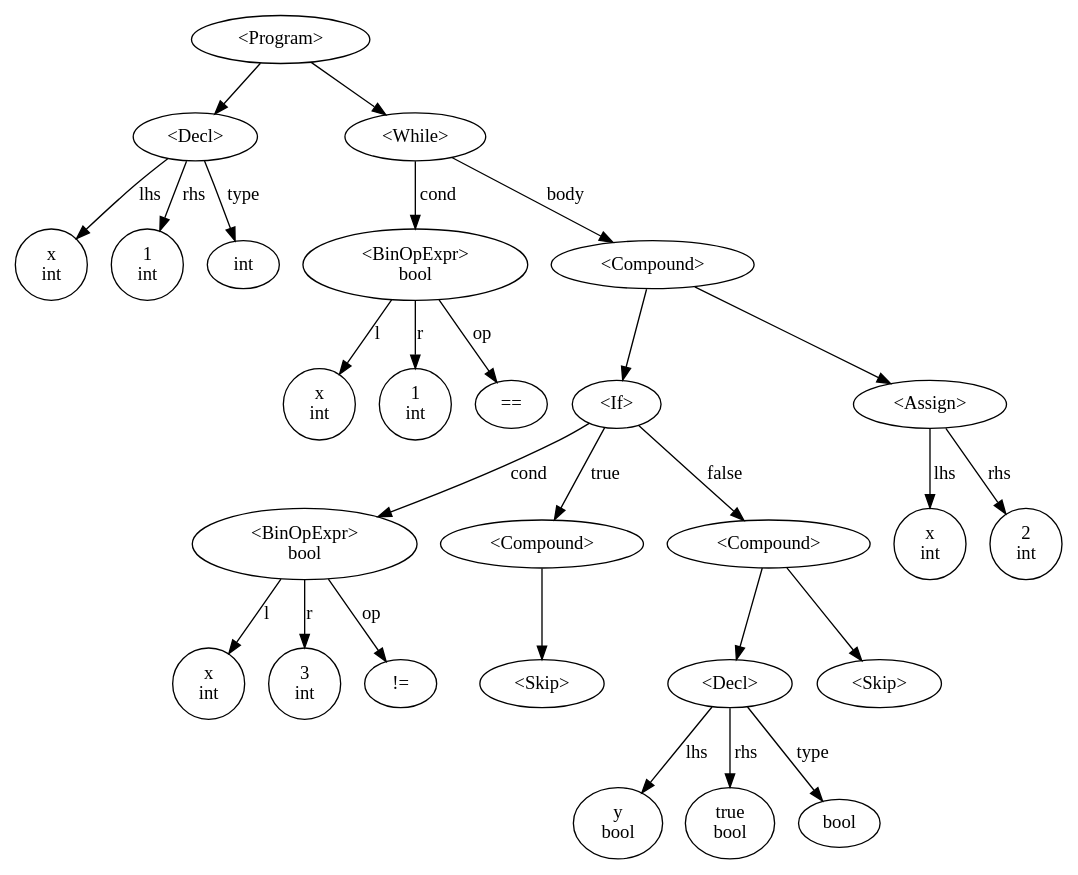
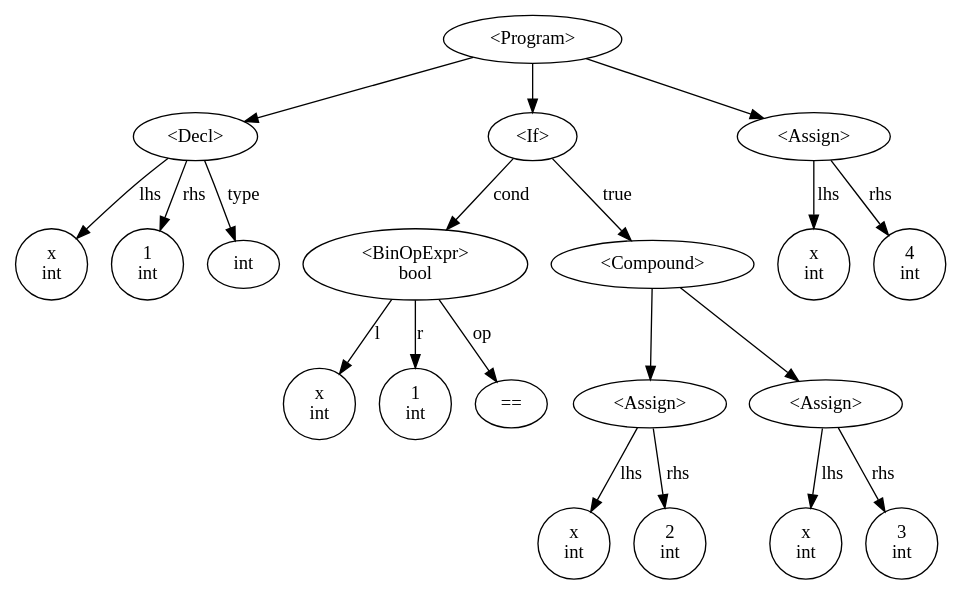
Before and after one commit to timll/while-analysis: the diagram in ast.dot, drawn with Graphviz. The commit also changed 15 other files, not shown here.

```diff
--- a/ast.dot
+++ b/ast.dot
@@ -1,67 +1,52 @@
 digraph {
-n4465776[label="x
-int"]
-n4467984[label="1
-int"]
-n4467760[label="<Decl>"]
-n4467760type[label="int"]
-n4468304[label="x
-int"]
-n4468448[label="1
-int"]
-n4468496[label="<BinOpExpr>
-bool"]
-n4468496op[label="=="]
-n4468816[label="x
-int"]
-n4468960[label="3
-int"]
-n4469008[label="<BinOpExpr>
-bool"]
-n4469008op[label="!="]
-n4469264[label="<Skip>"]
-n4469168[label="<Compound>"]
-n4468224[label="y
-bool"]
-n4469760[label="true
-bool"]
-n4467856[label="<Decl>"]
-n4467856type[label="bool"]
-n4469968[label="<Skip>"]
-n4469488[label="<Compound>"]
-n4467664[label="<If>"]
-n4469680[label="x
-int"]
-n4470368[label="2
-int"]
-n4467904[label="<Assign>"]
-n4468656[label="<Compound>"]
-n4470192[label="<While>"]
-n4467408[label="<Program>"]
-n4467760->n4465776[label="lhs"]
-n4467760->n4467984[label="rhs"]
-n4467760->n4467760type[label="type"]
-n4468496->n4468304[label="l"]
-n4468496->n4468496op[label="op"]
-n4468496->n4468448[label="r"]
-n4469008->n4468816[label="l"]
-n4469008->n4469008op[label="op"]
-n4469008->n4468960[label="r"]
-n4469168->n4469264[label=""]
-n4467856->n4468224[label="lhs"]
-n4467856->n4469760[label="rhs"]
-n4467856->n4467856type[label="type"]
-n4469488->n4467856[label=""]
-n4469488->n4469968[label=""]
-n4467664->n4469008[label="cond"]
-n4467664->n4469168[label="true"]
-n4467664->n4469488[label="false"]
-n4467904->n4469680[label="lhs"]
-n4467904->n4470368[label="rhs"]
-n4468656->n4467664[label=""]
-n4468656->n4467904[label=""]
-n4470192->n4468496[label="cond"]
-n4470192->n4468656[label="body"]
-n4467408->n4467760[label=""]
-n4467408->n4470192[label=""]
+n16952144[label="x
+int"];
+n16952560[label="1
+int"];
+n16952624[label="<Decl>"];
+n16952624type[label="int"];
+n16952912[label="x
+int"];
+n16953088[label="1
+int"];
+n16953152[label="<BinOpExpr>
+bool"];
+n16953152op[label="=="];
+n16953392[label="x
+int"];
+n16953568[label="2
+int"];
+n16950384[label="<Assign>"];
+n16953760[label="x
+int"];
+n16953984[label="3
+int"];
+n16952288[label="<Assign>"];
+n16953328[label="<Compound>"];
+n16954144[label="<If>"];
+n16954240[label="x
+int"];
+n16954464[label="4
+int"];
+n16952336[label="<Assign>"];
+n16951952[label="<Program>"];
+n16952624->n16952144[label="lhs"];
+n16952624->n16952560[label="rhs"];
+n16952624->n16952624type[label="type"];
+n16953152->n16952912[label="l"];
+n16953152->n16953152op[label="op"];
+n16953152->n16953088[label="r"];
+n16950384->n16953392[label="lhs"];
+n16950384->n16953568[label="rhs"];
+n16952288->n16953760[label="lhs"];
+n16952288->n16953984[label="rhs"];
+n16953328->n16950384[label=""];
+n16953328->n16952288[label=""];
+n16954144->n16953152[label="cond"];
+n16954144->n16953328[label="true"];
+n16952336->n16954240[label="lhs"];
+n16952336->n16954464[label="rhs"];
+n16951952->n16952624[label=""];
+n16951952->n16954144[label=""];
+n16951952->n16952336[label=""];
 }
```
